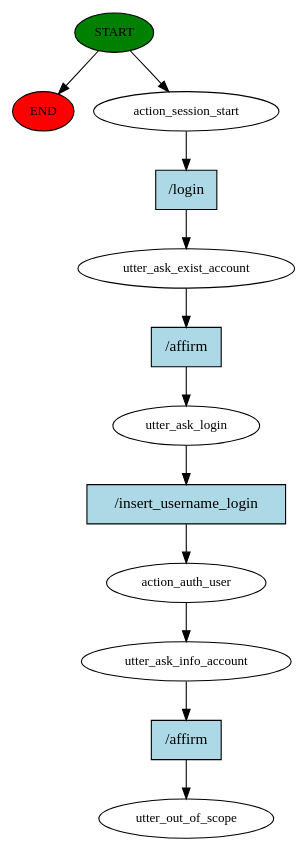
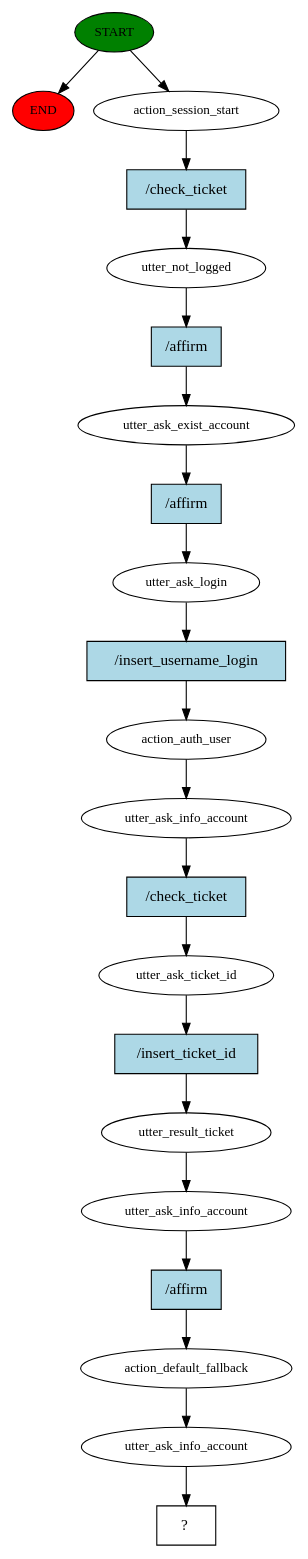
One commit to MarcoCarraro-1/BetBot changed the diagram in story_graph.dot. Above: the diagram before and after it, drawn with Graphviz. The commit also changed 92 other files, not shown here.

Commit message:
Adding check ticket

```diff
--- a/story_graph.dot
+++ b/story_graph.dot
@@ -1,25 +1,43 @@
 digraph  {
 0 [class="start active", fillcolor=green, fontsize=12, label=START, style=filled];
 "-1" [class=end, fillcolor=red, fontsize=12, label=END, style=filled];
 1 [class=active, fontsize=12, label=action_session_start];
-2 [class=active, fontsize=12, label=utter_ask_exist_account];
-3 [class=active, fontsize=12, label=utter_ask_login];
-4 [class=active, fontsize=12, label=action_auth_user];
-5 [class=active, fontsize=12, label=utter_ask_info_account];
-6 [class="dashed active", fontsize=12, label=utter_out_of_scope];
-7 [class="intent active", fillcolor=lightblue, label="/login", shape=rect, style=filled];
-8 [class="intent active", fillcolor=lightblue, label="/affirm", shape=rect, style=filled];
-9 [class="intent active", fillcolor=lightblue, label="/insert_username_login", shape=rect, style=filled];
-10 [class="intent active", fillcolor=lightblue, label="/affirm", shape=rect, style=filled];
+2 [class=active, fontsize=12, label=utter_not_logged];
+3 [class=active, fontsize=12, label=utter_ask_exist_account];
+4 [class=active, fontsize=12, label=utter_ask_login];
+5 [class=active, fontsize=12, label=action_auth_user];
+6 [class=active, fontsize=12, label=utter_ask_info_account];
+7 [class=active, fontsize=12, label=utter_ask_ticket_id];
+8 [class=active, fontsize=12, label=utter_result_ticket];
+9 [class=active, fontsize=12, label=utter_ask_info_account];
+10 [class=active, fontsize=12, label=action_default_fallback];
+11 [class=active, fontsize=12, label=utter_ask_info_account];
+12 [class="intent dashed active", label="  ?  ", shape=rect];
+13 [class="intent active", fillcolor=lightblue, label="/check_ticket", shape=rect, style=filled];
+14 [class="intent active", fillcolor=lightblue, label="/affirm", shape=rect, style=filled];
+15 [class="intent active", fillcolor=lightblue, label="/affirm", shape=rect, style=filled];
+16 [class="intent active", fillcolor=lightblue, label="/insert_username_login", shape=rect, style=filled];
+17 [class="intent active", fillcolor=lightblue, label="/check_ticket", shape=rect, style=filled];
+18 [class="intent active", fillcolor=lightblue, label="/insert_ticket_id", shape=rect, style=filled];
+19 [class="intent active", fillcolor=lightblue, label="/affirm", shape=rect, style=filled];
 0 -> "-1"  [class="", key=NONE, label=""];
 0 -> 1  [class=active, key=NONE, label=""];
-1 -> 7  [class=active, key=0];
-2 -> 8  [class=active, key=0];
-3 -> 9  [class=active, key=0];
-4 -> 5  [class=active, key=NONE, label=""];
-5 -> 10  [class=active, key=0];
-7 -> 2  [class=active, key=0];
-8 -> 3  [class=active, key=0];
-9 -> 4  [class=active, key=0];
-10 -> 6  [class=active, key=0];
+1 -> 13  [class=active, key=0];
+2 -> 14  [class=active, key=0];
+3 -> 15  [class=active, key=0];
+4 -> 16  [class=active, key=0];
+5 -> 6  [class=active, key=NONE, label=""];
+6 -> 17  [class=active, key=0];
+7 -> 18  [class=active, key=0];
+8 -> 9  [class=active, key=NONE, label=""];
+9 -> 19  [class=active, key=0];
+10 -> 11  [class=active, key=NONE, label=""];
+11 -> 12  [class=active, key=NONE, label=""];
+13 -> 2  [class=active, key=0];
+14 -> 3  [class=active, key=0];
+15 -> 4  [class=active, key=0];
+16 -> 5  [class=active, key=0];
+17 -> 7  [class=active, key=0];
+18 -> 8  [class=active, key=0];
+19 -> 10  [class=active, key=0];
 }
```
